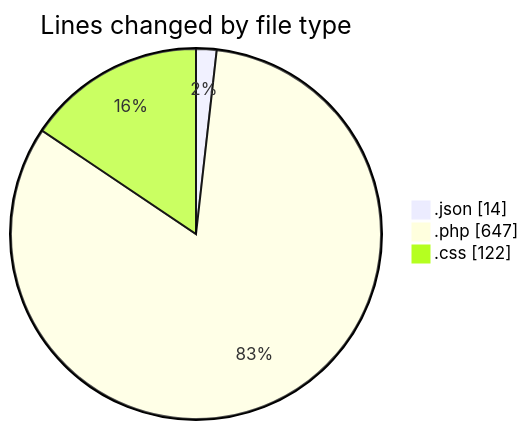
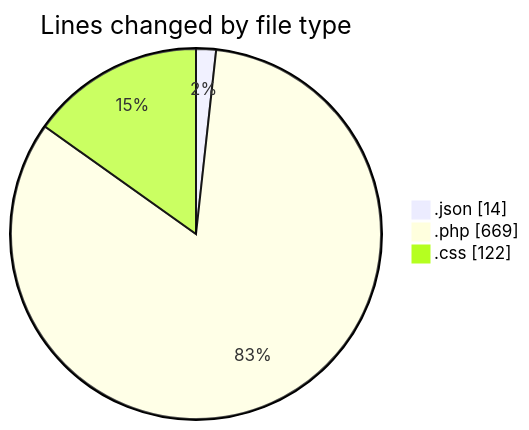
One commit to debugP/code-tracking changed the first of 2 diagrams in 2026-07-27/untitled__workspace_/README.md. Above: the diagram before and after it, drawn with Mermaid. The commit also changed other lines of this file and 1 other file, not shown here.

````diff
--- a/2026-07-27/untitled__workspace_/README.md
+++ b/2026-07-27/untitled__workspace_/README.md
@@ -23,7 +23,7 @@
 ```mermaid
 pie showData
 title Lines changed by file type
 ".json" : 14
-".php" : 647
+".php" : 669
 ".css" : 122
 ```
````
